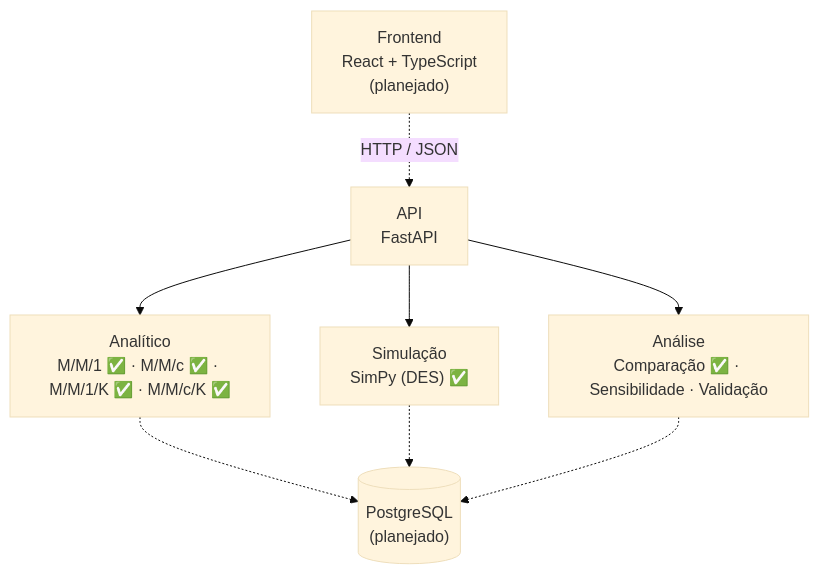
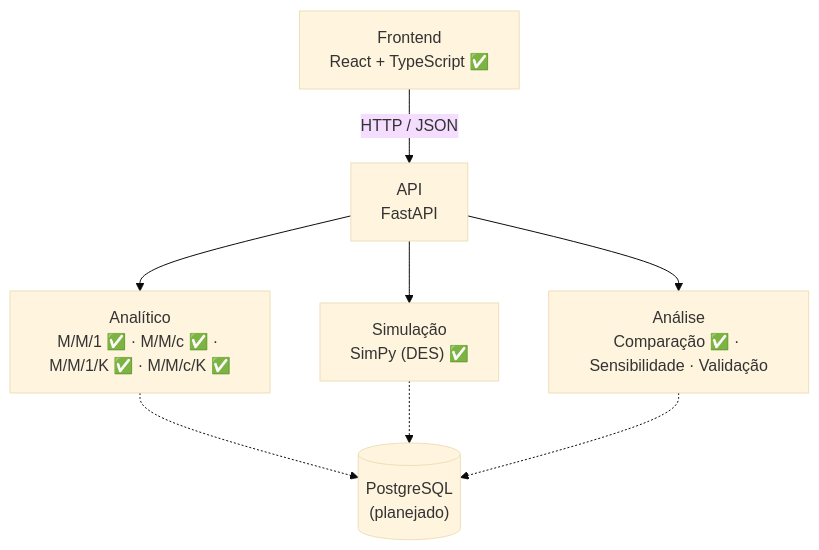
One commit to lucifer-son/QSimulador changed the diagram in README.md. Above: the diagram before and after it, drawn with Mermaid (base theme). The commit also changed other lines of this file and 69 other files, not shown here.

````diff
--- a/README.md
+++ b/README.md
@@ -230,17 +255,17 @@
 ```mermaid
 flowchart TD
-    FE["Frontend<br/>React + TypeScript<br/>(planejado)"]
+    FE["Frontend<br/>React + TypeScript ✅"]
     API["API<br/>FastAPI"]
     AN["Analítico<br/>M/M/1 ✅ · M/M/c ✅ · M/M/1/K ✅ · M/M/c/K ✅"]
     SIM["Simulação<br/>SimPy (DES) ✅"]
     ANL["Análise<br/>Comparação ✅ · Sensibilidade · Validação"]
     DB[("PostgreSQL<br/>(planejado)")]
 
-    FE -.->|HTTP / JSON| API
+    FE -->|HTTP / JSON| API
     API --> AN
     API --> SIM
     API --> ANL
     AN -.-> DB
     SIM -.-> DB
     ANL -.-> DB
 ```
````
